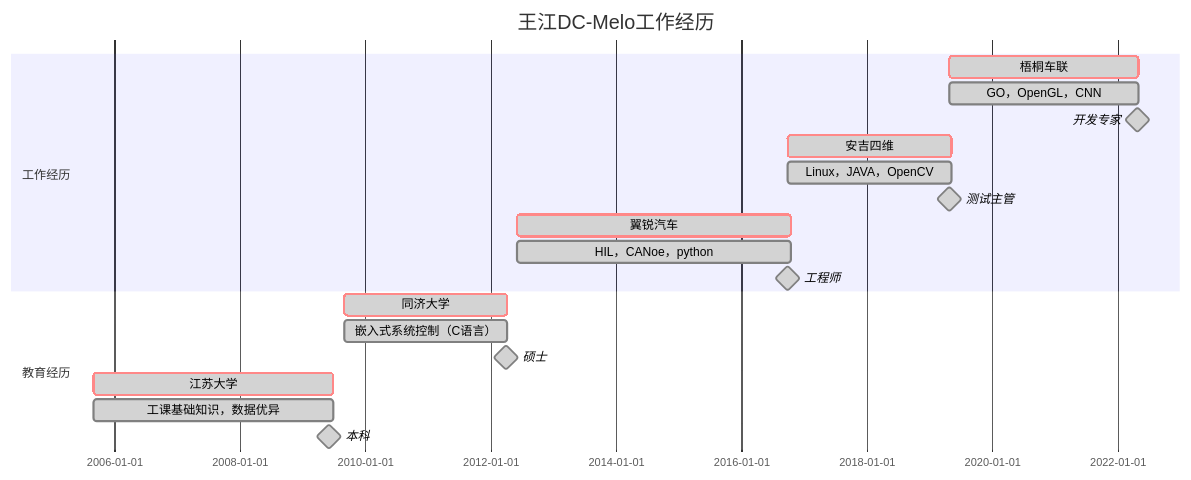
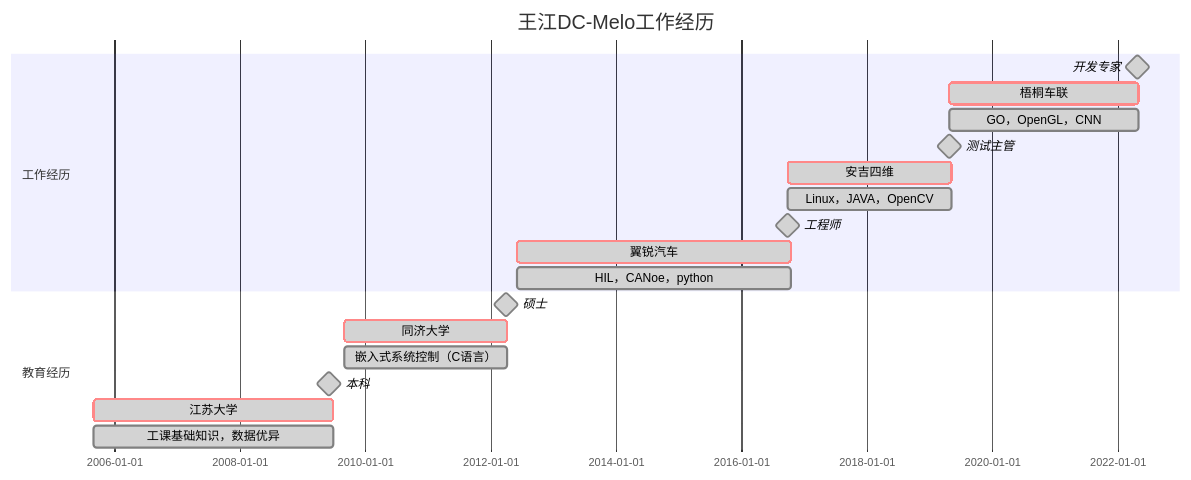
One commit to DC-Melo/README changed the diagram in README.md. Above: the diagram before and after it, drawn with Mermaid. The commit also changed other lines of this file, not shown here.

````diff
--- a/README.md
+++ b/README.md
@@ -29,24 +29,24 @@
 ```mermaid
 gantt
     title 王江DC-Melo工作经历
     dateFormat  YYYY-MM
 
     section 工作经历
+    开发专家                : done , milestone , name     , 2022-05 , 0d
     梧桐车联                : crit , done      , weekplan , 2019-05 , 1100d
     GO，OpenGL，CNN         : done , weekplan  , 2019-05  , 1100d
-    开发专家                : done , milestone , name     , 2022-05 , 0d
+    测试主管                : done , milestone , name     , 2019-05 , 0d
     安吉四维                : crit , done      , weekplan , 2016-10 , 950d
     Linux，JAVA，OpenCV     : done , weekplan  , 2016-10  , 950d
-    测试主管                : done , milestone , name     , 2019-05 , 0d
+    工程师                  : done , milestone , name     , 2016-10 , 0d
     翼锐汽车                : crit , done      , weekplan , 2012-06 , 1600d
     HIL，CANoe，python      : done , weekplan  , 2012-06  , 1600d
-    工程师                  : done , milestone , name     , 2016-10 , 0d
 
     section 教育经历
+    硕士                    : done , milestone , name     , 2012-04 , 0d
     同济大学                : crit , done      , weekplan , 2009-09 , 950d
     嵌入式系统控制（C语言） : done , weekplan  , 2009-09  , 950d
-    硕士                    : done , milestone , name     , 2012-04 , 0d
+    本科                    : done , milestone , name     , 2009-06 , 0d
     江苏大学                : crit , done      , weekplan , 2005-09 , 1400d
     工课基础知识，数据优异  : done , weekplan  , 2005-09  , 1400d
-    本科                    : done , milestone , name     , 2009-06 , 0d
 ```
````
